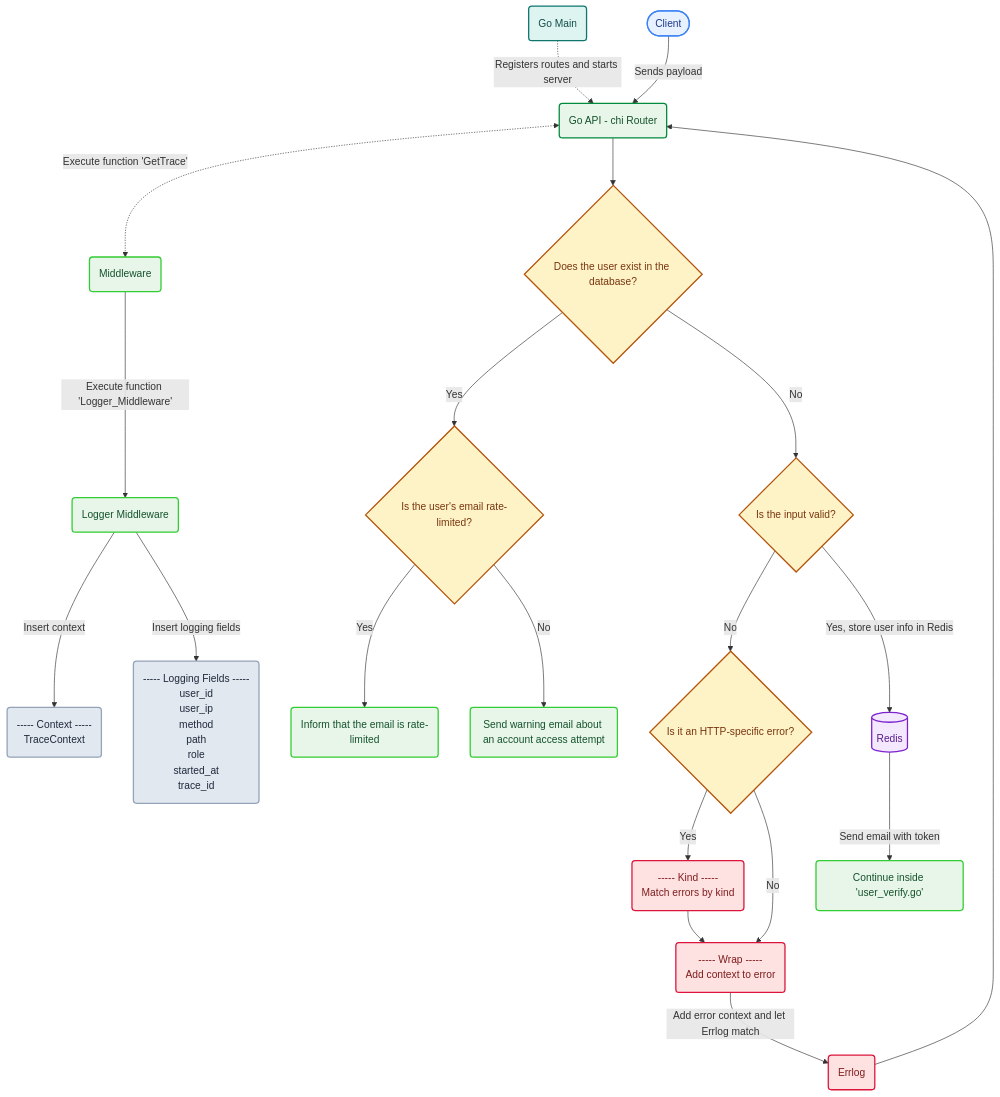
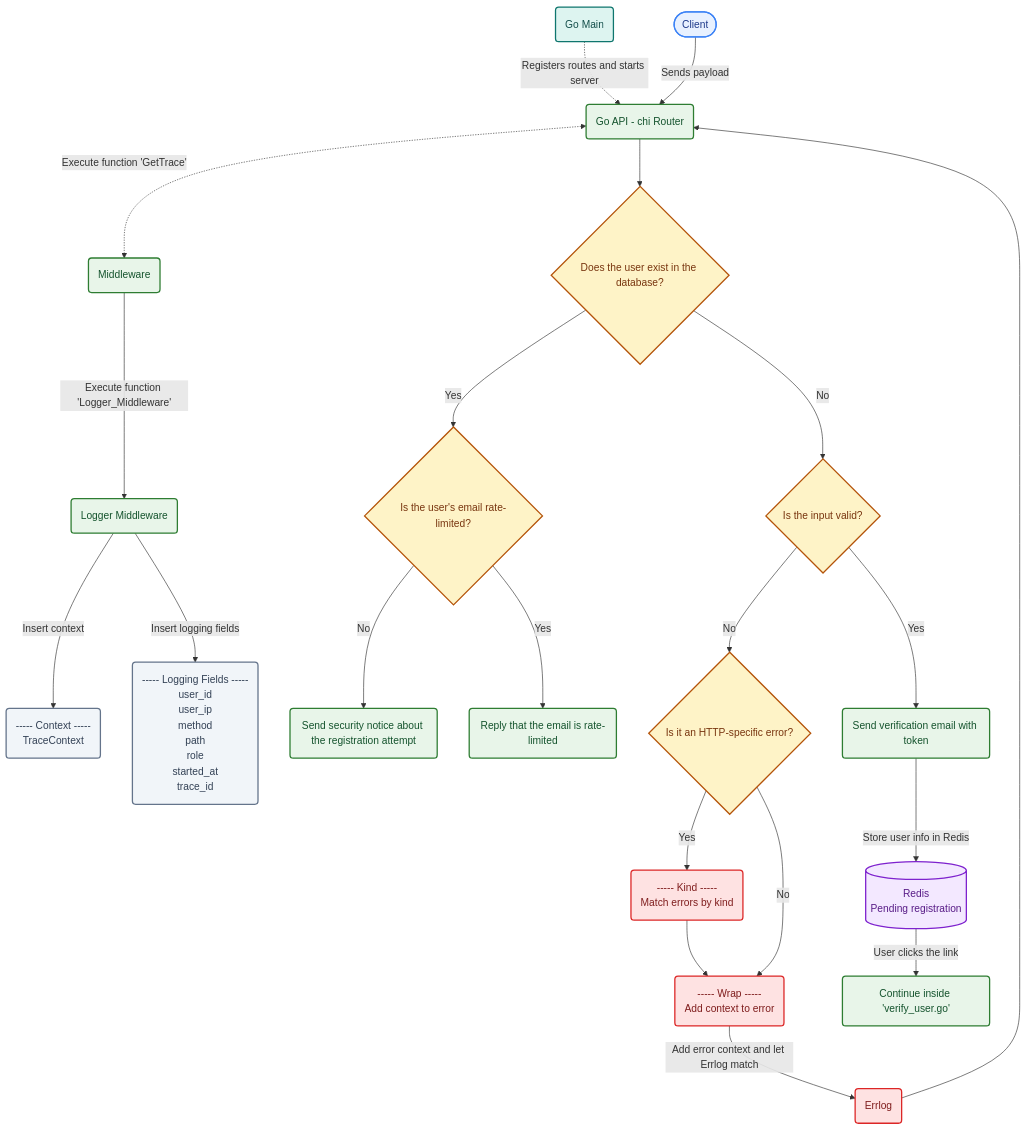
Before and after one commit to shawnfrost25/prolepsis: the diagram in docs/visualization/kitanai/create_user.md, drawn with Mermaid.

Commit message:
refactor(visualization): made creat user visualization prettier

````diff
--- a/docs/visualization/kitanai/create_user.md
+++ b/docs/visualization/kitanai/create_user.md
@@ -1,61 +1,67 @@
 ```mermaid
 flowchart TB;
     Main("Go Main")
     API("Go API - chi Router")
     Middleware("Middleware")
-    Context2("----- Context ----- \nTraceContext")
+    TraceContext("----- Context ----- \nTraceContext")
     ZeroLogger("----- Logging Fields ----- \nuser_id \nuser_ip \nmethod \npath \nrole \nstarted_at \ntrace_id")
     LoggingMiddleware("Logger Middleware")
     Client(["Client"])
     UserExists{"Does the user exist in the database?"}
     RateLimited{"Is the user's email rate-limited?"}
-    SendWarningEmail("Send warning email about an account access attempt")
-    SendRateLimit("Inform that the email is rate-limited")
-    Redis[("Redis")]
+    SecurityNotice("Send security notice about the registration attempt")
+    RateLimitReply("Reply that the email is rate-limited")
+    VerificationEmail("Send verification email with token")
+    RedisPending[("Redis \nPending registration")]
     Wrap("----- Wrap ----- \nAdd context to error")
     Kind("----- Kind ----- \nMatch errors by kind")
     Errlog("Errlog")
     HTTPError{"Is it an HTTP-specific error?"}
     Validation{"Is the input valid?"}
-    Continuation("Continue inside 'user_verify.go'")
+    VerifyUser("Continue inside 'verify_user.go'")
 
     Main-.->|"Registers routes and starts server"|API
     Client-->|"Sends payload"|API
     API<-.->|"Execute function 'GetTrace'"|Middleware
     Middleware-->|"Execute function 'Logger_Middleware'"|LoggingMiddleware
-    LoggingMiddleware-->|"Insert context"|Context2
+    LoggingMiddleware-->|"Insert context"|TraceContext
     LoggingMiddleware-->|"Insert logging fields"|ZeroLogger
     API-->UserExists
     UserExists-->|"Yes"|RateLimited
-    RateLimited-->|"Yes"|SendRateLimit
-    RateLimited-->|"No"|SendWarningEmail
+    RateLimited-->|"Yes"|RateLimitReply
+    RateLimited-->|"No"|SecurityNotice
     UserExists-->|"No"|Validation
     Validation-->|"No"|HTTPError
     HTTPError-->|"Yes"|Kind-->Wrap
     HTTPError-->|"No"|Wrap
     Wrap-->|"Add error context and let Errlog match"|Errlog
     Errlog-->API
-    Validation-->|"Yes, store user info in Redis"|Redis-->|"Send email with token"|Continuation
+    Validation-->|"Yes"|VerificationEmail
+    VerificationEmail-->|"Store user info in Redis"|RedisPending
+    RedisPending-->|"User clicks the link"|VerifyUser
 
     style Main fill:#DDF4F0,stroke:#0F766E,color:#134E4A,stroke-width:2px
-    style API fill:#E8F5E9,stroke:#008A3B,color:#14532D,stroke-width:2px
     style Client fill:#E8F1FF,stroke:#3B82F6,color:#1E3A8A,stroke-width:2px
-    style Redis fill:#F3E8FF,stroke:#7E22CE,color:#581C87,stroke-width:2px
 
-    style Middleware fill:#E8F5E9,stroke:#32CD32,color:#14532D,stroke-width:2px
-    style LoggingMiddleware fill:#E8F5E9,stroke:#32CD32,color:#14532D,stroke-width:2px
-    style SendWarningEmail fill:#E8F5E9,stroke:#32CD32,color:#14532D,stroke-width:2px
-    style SendRateLimit fill:#E8F5E9,stroke:#32CD32,color:#14532D,stroke-width:2px
-    style Continuation fill:#E8F5E9,stroke:#32CD32,color:#14532D,stroke-width:2px
+    style API fill:#E8F5E9,stroke:#2E7D32,color:#14532D,stroke-width:2px
+    style Middleware fill:#E8F5E9,stroke:#2E7D32,color:#14532D,stroke-width:2px
+    style LoggingMiddleware fill:#E8F5E9,stroke:#2E7D32,color:#14532D,stroke-width:2px
+    style SecurityNotice fill:#E8F5E9,stroke:#2E7D32,color:#14532D,stroke-width:2px
+    style RateLimitReply fill:#E8F5E9,stroke:#2E7D32,color:#14532D,stroke-width:2px
+    style VerificationEmail fill:#E8F5E9,stroke:#2E7D32,color:#14532D,stroke-width:2px
+    style VerifyUser fill:#E8F5E9,stroke:#2E7D32,color:#14532D,stroke-width:2px
 
-    style Context2 fill:#E2E8F0,stroke:#94A3B8,color:#1E293B,stroke-width:2px
-    style ZeroLogger fill:#E2E8F0,stroke:#94A3B8,color:#1E293B,stroke-width:2px
+    style RedisPending fill:#F3E8FF,stroke:#7E22CE,color:#581C87,stroke-width:2px
+
+    style Wrap fill:#FEE2E2,stroke:#DC2626,color:#7F1D1D,stroke-width:2px
+    style Kind fill:#FEE2E2,stroke:#DC2626,color:#7F1D1D,stroke-width:2px
+    style Errlog fill:#FEE2E2,stroke:#DC2626,color:#7F1D1D,stroke-width:2px
+
+    style TraceContext fill:#F1F5F9,stroke:#64748B,color:#334155,stroke-width:2px
+    style ZeroLogger fill:#F1F5F9,stroke:#64748B,color:#334155,stroke-width:2px
+
     style Validation fill:#FEF3C7,stroke:#B45309,color:#78350F,stroke-width:2px
     style UserExists fill:#FEF3C7,stroke:#B45309,color:#78350F,stroke-width:2px
     style RateLimited fill:#FEF3C7,stroke:#B45309,color:#78350F,stroke-width:2px
     style HTTPError fill:#FEF3C7,stroke:#B45309,color:#78350F,stroke-width:2px
-
-    style Wrap fill:#FEE2E2,stroke:#DC143C,color:#7F1D1D,stroke-width:2px
-    style Kind fill:#FEE2E2,stroke:#DC143C,color:#7F1D1D,stroke-width:2px
-    style Errlog fill:#FEE2E2,stroke:#DC143C,color:#7F1D1D,stroke-width:2px
 ```
````
